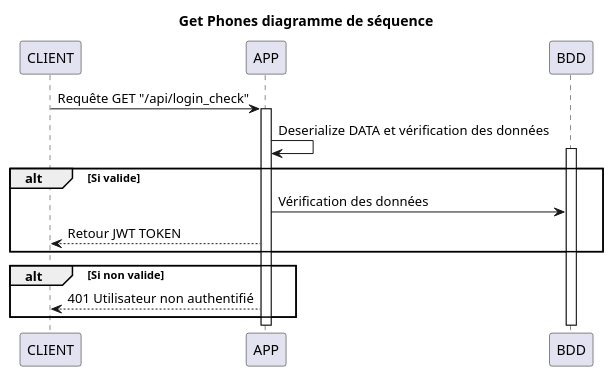
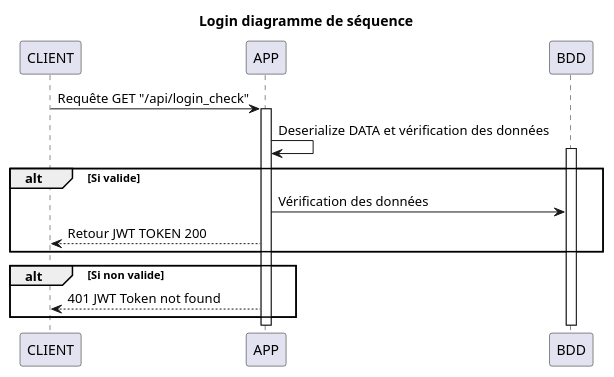
The diagram in docs/Diagramme de séquence/Login check.puml (Waarrez/P7), drawn with PlantUML before and after one commit. The commit also changed 8 other files, not shown here.

```diff
--- a/docs/Diagramme de séquence/Login check.puml
+++ b/docs/Diagramme de séquence/Login check.puml
@@ -1,23 +1,23 @@
 @startuml
 
-title Get Phones diagramme de séquence
+title Login diagramme de séquence
 
 participant CLIENT
 participant APP
 participant BDD
 
 CLIENT -> APP: Requête GET "/api/login_check"
 activate APP
 APP -> APP : Deserialize DATA et vérification des données
 activate BDD
 
 alt Si valide
     APP -> BDD : Vérification des données
-    APP --> CLIENT : Retour JWT TOKEN
+    APP --> CLIENT : Retour JWT TOKEN 200
 end
 
 alt Si non valide
-    APP --> CLIENT : 401 Utilisateur non authentifié
+    APP --> CLIENT : 401 JWT Token not found
 end
 
 @enduml
```
